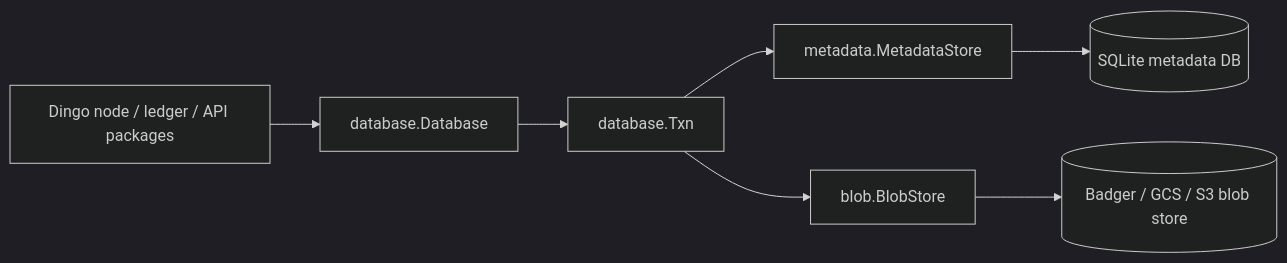
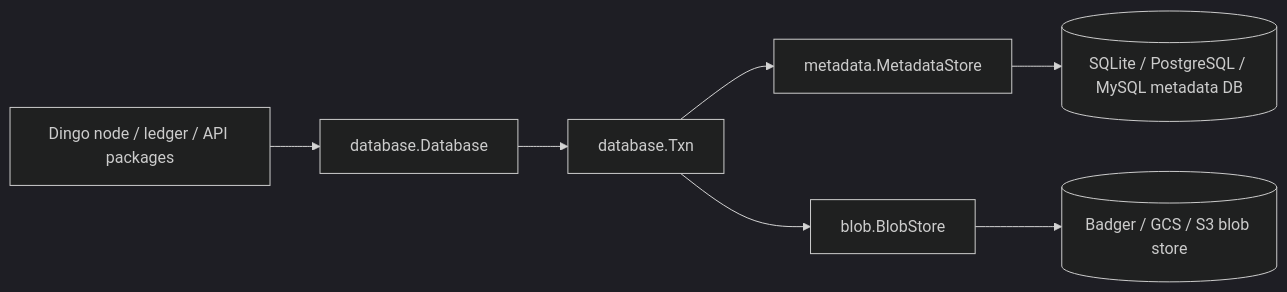
The first of 6 diagrams in DATABASE.md (blinklabs-io/dingo), drawn with Mermaid (dark theme) before and after one commit. The commit also changed 12 other files, not shown here.

````diff
--- a/DATABASE.md
+++ b/DATABASE.md
@@ -106,17 +106,17 @@
 ```mermaid
 flowchart LR
     Node[Dingo node / ledger / API packages]
     DB[database.Database]
     Txn[database.Txn]
     Metadata[metadata.MetadataStore]
     Blob[blob.BlobStore]
-    SQL[(SQLite metadata DB)]
+    SQL[(SQLite / PostgreSQL / MySQL metadata DB)]
     KV[(Badger / GCS / S3 blob store)]
 
     Node --> DB
     DB --> Txn
     Txn --> Metadata
     Txn --> Blob
     Metadata --> SQL
     Blob --> KV
 ```
````
